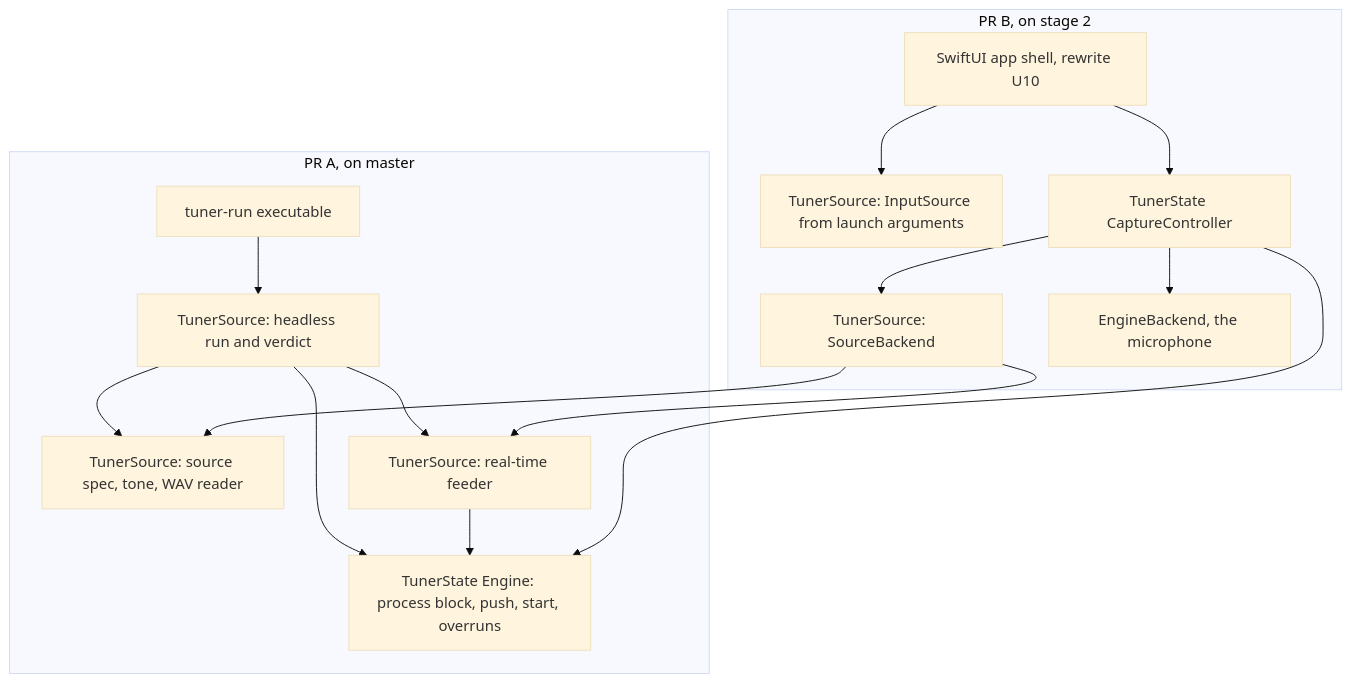
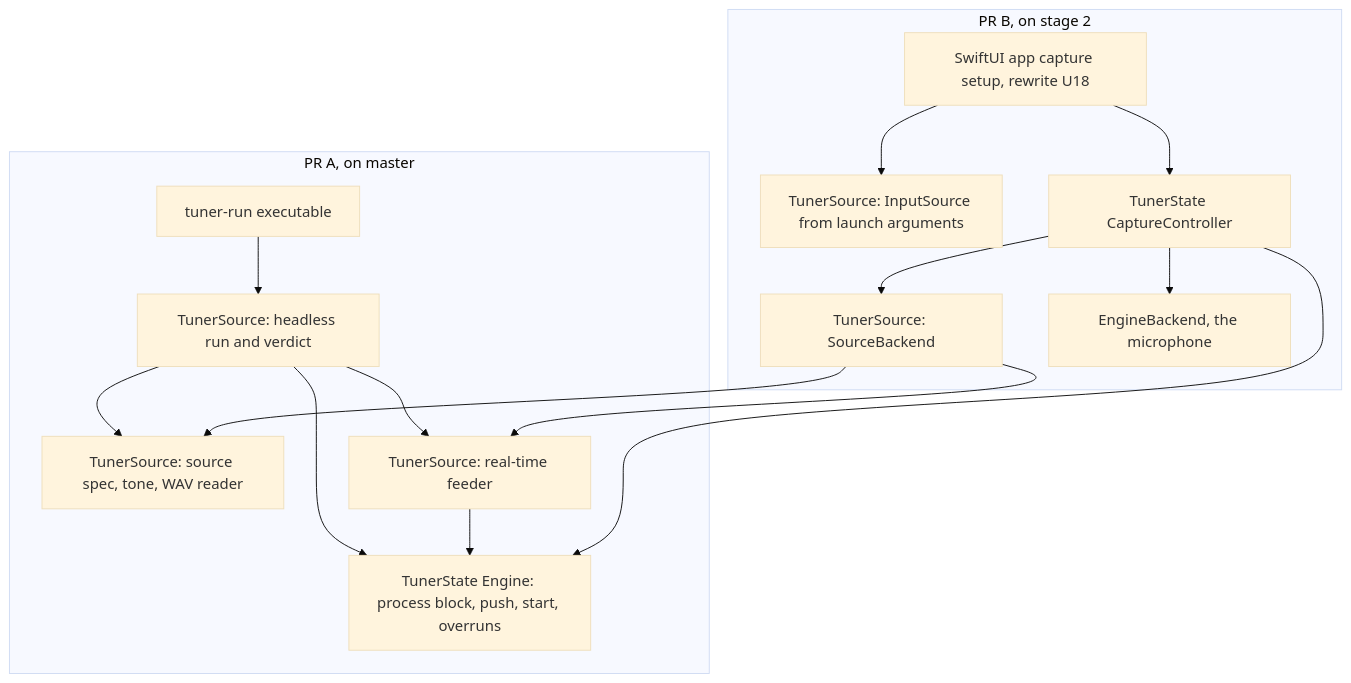
Before and after one commit to ozyx/ctuner: the first of 2 diagrams in docs/plans/2026-10-17-1536-feat-headless-audio-input-plan.md, drawn with Mermaid (base theme). The commit also changed other lines of this file and 17 other files, not shown here.

````diff
--- a/docs/plans/2026-10-17-1536-feat-headless-audio-input-plan.md
+++ b/docs/plans/2026-10-17-1536-feat-headless-audio-input-plan.md
@@ -176,19 +176,19 @@
 ```mermaid
 flowchart TB
   subgraph PRA[PR A, on master]
     RUN[tuner-run executable] --> HR[TunerSource: headless run and verdict]
     HR --> SRC[TunerSource: source spec, tone, WAV reader]
     HR --> FD[TunerSource: real-time feeder]
     HR --> ENG[TunerState Engine: process block, push, start, overruns]
     FD --> ENG
   end
   subgraph PRB[PR B, on stage 2]
-    APP[SwiftUI app shell, rewrite U10] --> IS[TunerSource: InputSource from launch arguments]
+    APP[SwiftUI app capture setup, rewrite U18] --> IS[TunerSource: InputSource from launch arguments]
     APP --> CC[TunerState CaptureController]
     CC --> SB[TunerSource: SourceBackend]
     CC --> EB[EngineBackend, the microphone]
     SB --> FD
     SB --> SRC
     CC --> ENG
   end
 ```
````
